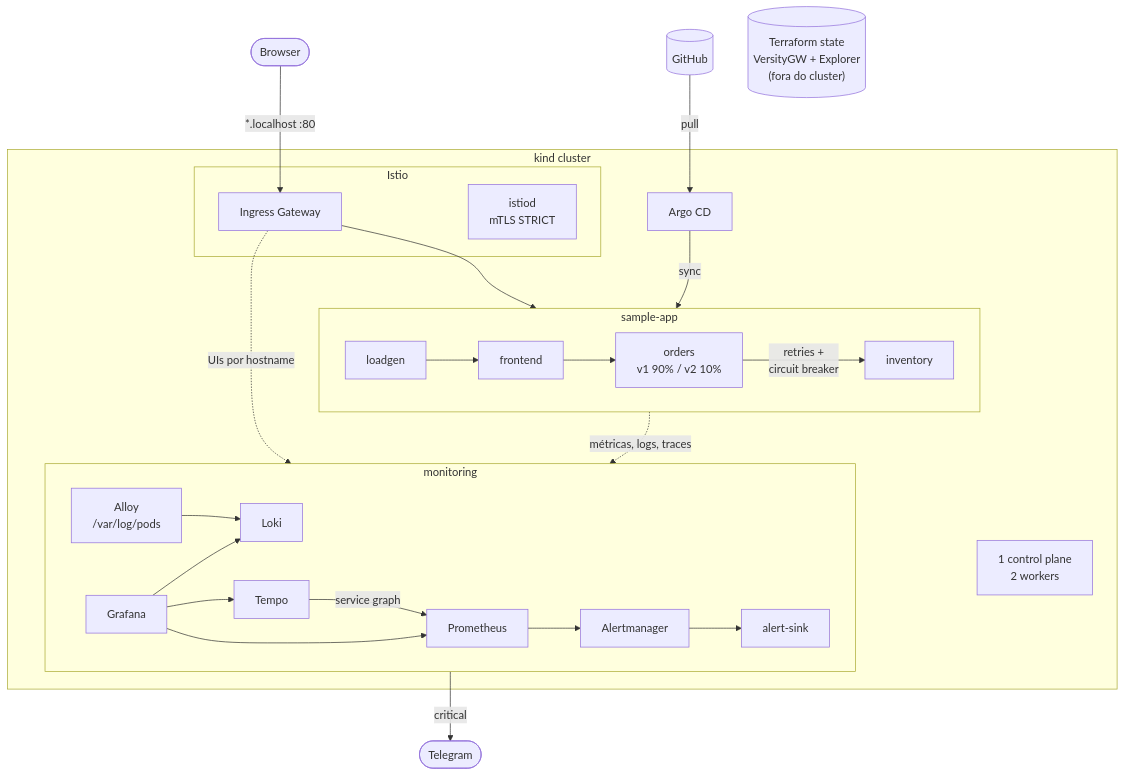
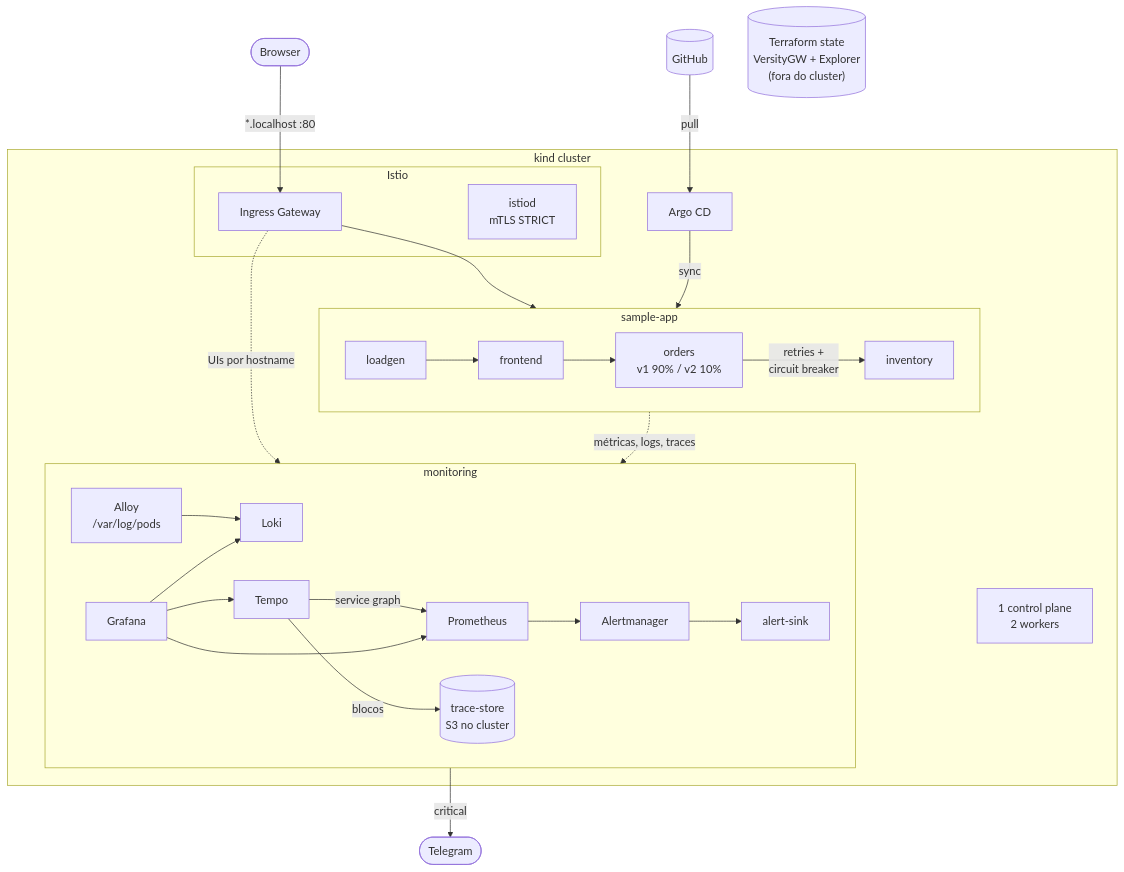
The first of 3 diagrams in README.md (flowramps/Infra-tech-challenge-III), drawn with Mermaid before and after one commit. The commit also changed other lines of this file, not shown here.

First line of the commit message:
docs: show Tempo object storage in the README architecture

````diff
--- a/README.md
+++ b/README.md
@@ -32,41 +32,42 @@
 ```mermaid
 flowchart TB
     user([Browser]) -->|"*.localhost :80"| gw
     gh[(GitHub)]
 
     subgraph kind["kind cluster"]
         nodes["1 control plane<br/>2 workers"]
         subgraph mesh["Istio"]
             gw[Ingress Gateway]
             istiod["istiod<br/>mTLS STRICT"]
         end
         argo[Argo CD]
 
         subgraph app["sample-app"]
             direction LR
             lg[loadgen] --> fe[frontend]
             fe --> ord["orders<br/>v1 90% / v2 10%"]
             ord -->|"retries +<br/>circuit breaker"| inv[inventory]
         end
 
         subgraph mon["monitoring"]
             direction LR
             alloy["Alloy<br/>/var/log/pods"] --> loki[Loki]
             tempo[Tempo] -->|service graph| prom[Prometheus]
+            tempo -->|blocos| tstore[("trace-store<br/>S3 no cluster")]
             prom --> am[Alertmanager]
             am --> sink[alert-sink]
             graf[Grafana]
         end
     end
 
     tg([Telegram])
     state[("Terraform state<br/>VersityGW + Explorer<br/>(fora do cluster)")]
 
     gw --> fe
     gw -.->|UIs por hostname| graf
     gh -->|pull| argo
     argo -->|sync| app
     app -.->|"métricas, logs, traces"| mon
     graf --> loki & tempo & prom
     am -->|critical| tg
 ```
````
